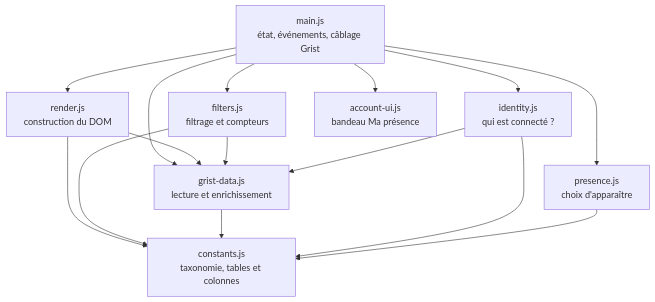
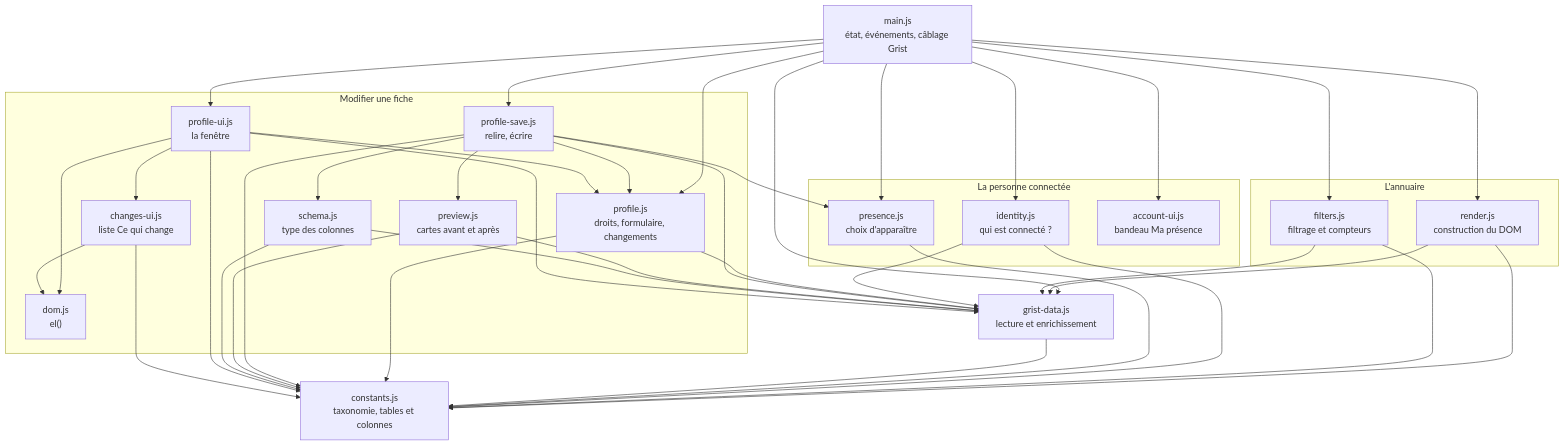
One commit to lombre33/Annuaire_PUI_Bordeaux changed the second of 6 diagrams in docs/developpeurs.md. Above: the diagram before and after it, drawn with Mermaid. The commit also changed other lines of this file and 15 other files, not shown here.

````diff
--- a/docs/developpeurs.md
+++ b/docs/developpeurs.md
@@ -74,25 +75,60 @@
 ```mermaid
 flowchart TD
     main["main.js<br/>état, événements, câblage Grist"]
-    render["render.js<br/>construction du DOM"]
-    filters["filters.js<br/>filtrage et compteurs"]
+    subgraph annuaire["L'annuaire"]
+        render["render.js<br/>construction du DOM"]
+        filters["filters.js<br/>filtrage et compteurs"]
+    end
+    subgraph personne["La personne connectée"]
+        identity["identity.js<br/>qui est connecté ?"]
+        presence["presence.js<br/>choix d'apparaître"]
+        account["account-ui.js<br/>bandeau Ma présence"]
+    end
+    subgraph fiche["Modifier une fiche"]
+        profile["profile.js<br/>droits, formulaire, changements"]
+        save["profile-save.js<br/>relire, écrire"]
+        preview["preview.js<br/>cartes avant et après"]
+        schema["schema.js<br/>type des colonnes"]
+        profileui["profile-ui.js<br/>la fenêtre"]
+        changes["changes-ui.js<br/>liste Ce qui change"]
+        dom["dom.js<br/>el()"]
+    end
     data["grist-data.js<br/>lecture et enrichissement"]
-    identity["identity.js<br/>qui est connecté ?"]
-    presence["presence.js<br/>choix d'apparaître"]
-    account["account-ui.js<br/>bandeau Ma présence"]
     constants["constants.js<br/>taxonomie, tables et colonnes"]
     main --> render
     main --> filters
     main --> data
     main --> identity
     main --> presence
     main --> account
+    main --> profile
+    main --> save
+    main --> profileui
     render --> data
+    render --> constants
     filters --> data
+    filters --> constants
     identity --> data
-    render --> constants
-    filters --> constants
-    data --> constants
     identity --> constants
     presence --> constants
+    data --> constants
+    profile --> data
+    profile --> constants
+    save --> data
+    save --> constants
+    save --> presence
+    save --> profile
+    save --> preview
+    save --> schema
+    preview --> data
+    preview --> constants
+    schema --> data
+    schema --> constants
+    profileui --> data
+    profileui --> constants
+    profileui --> dom
+    profileui --> profile
+    profileui --> changes
+    changes --> constants
+    changes --> dom
 ```
````
